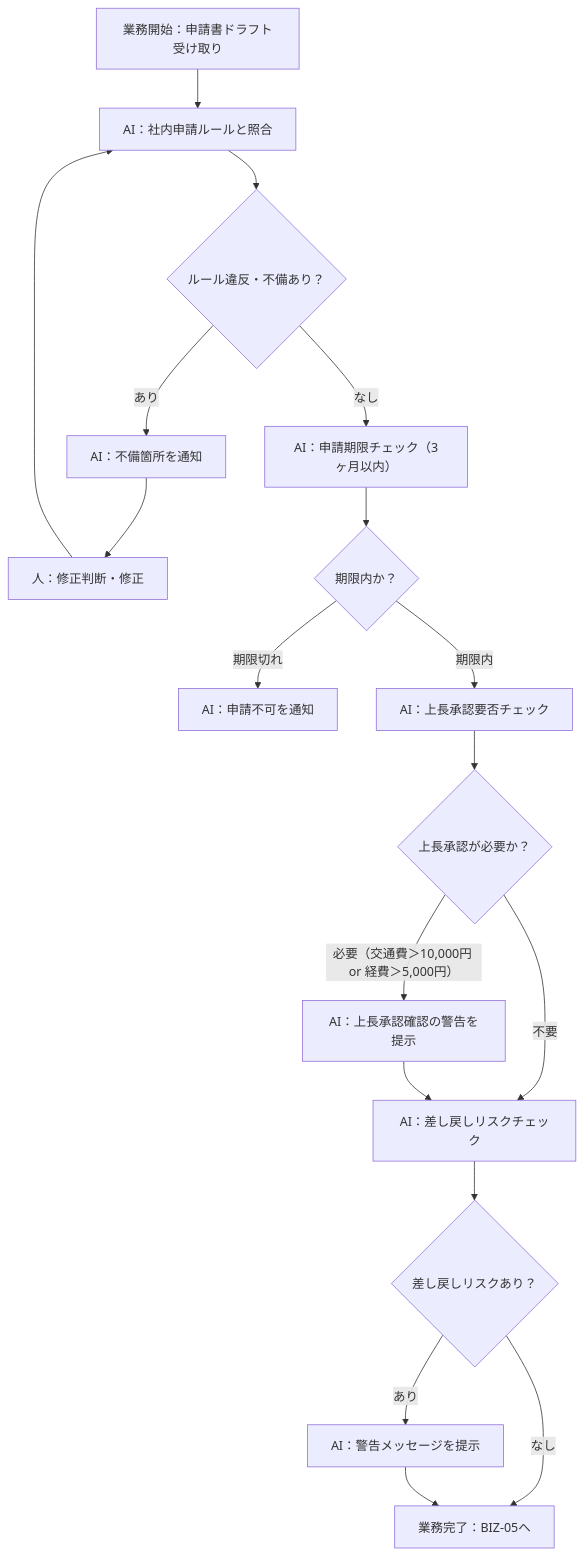
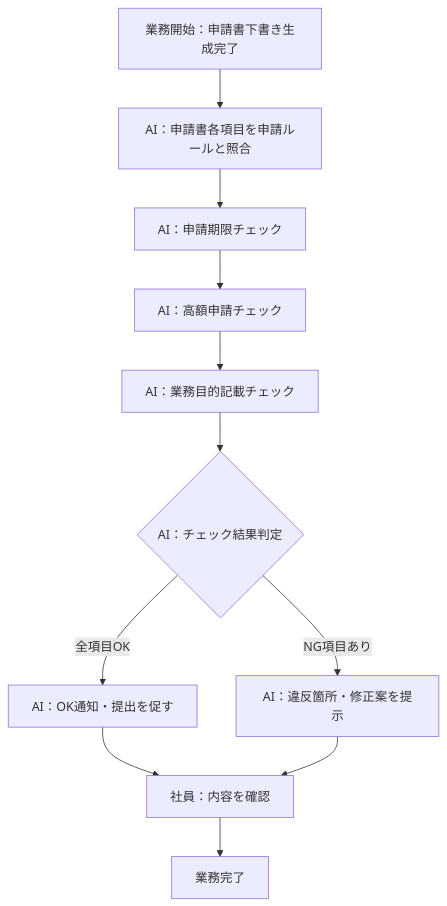
Before and after one commit to horii003/AIAgentBookCC: the fourth of 5 diagrams in artifacts/01_business-requirements/outputs/業務プロセス定義.md, drawn with Mermaid. The commit also changed other lines of this file and 121 other files, not shown here.

````diff
--- a/artifacts/01_business-requirements/outputs/業務プロセス定義.md
+++ b/artifacts/01_business-requirements/outputs/業務プロセス定義.md
@@ -498,20 +483,13 @@
 ```mermaid
 flowchart TD
-    A[業務開始：申請書ドラフト受け取り] --> B[AI：社内申請ルールと照合]
-    B --> C{ルール違反・不備あり？}
-    C -->|あり| D[AI：不備箇所を通知]
-    C -->|なし| E[AI：申請期限チェック（3ヶ月以内）]
-    D --> F[人：修正判断・修正]
-    F --> B
-    E --> G{期限内か？}
-    G -->|期限切れ| H[AI：申請不可を通知]
-    G -->|期限内| I[AI：上長承認要否チェック]
-    I --> J{上長承認が必要か？}
-    J -->|必要（交通費＞10,000円 or 経費＞5,000円）| K[AI：上長承認確認の警告を提示]
-    J -->|不要| L[AI：差し戻しリスクチェック]
-    K --> L
-    L --> M{差し戻しリスクあり？}
-    M -->|あり| N[AI：警告メッセージを提示]
-    M -->|なし| O[業務完了：BIZ-05へ]
-    N --> O
+    A[業務開始：申請書下書き生成完了] --> B[AI：申請書各項目を申請ルールと照合]
+    B --> C[AI：申請期限チェック]
+    C --> D[AI：高額申請チェック]
+    D --> E[AI：業務目的記載チェック]
+    E --> F{AI：チェック結果判定}
+    F -->|全項目OK| G[AI：OK通知・提出を促す]
+    F -->|NG項目あり| H[AI：違反箇所・修正案を提示]
+    G --> I[社員：内容を確認]
+    H --> I
+    I --> J[業務完了]
 ```
````
